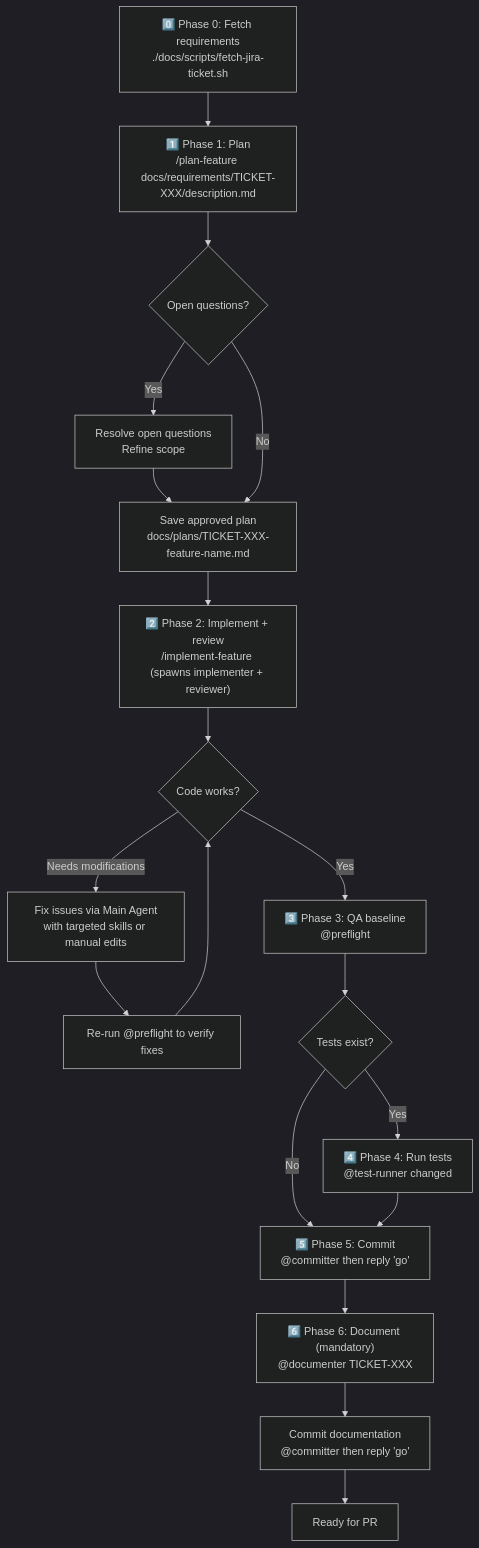
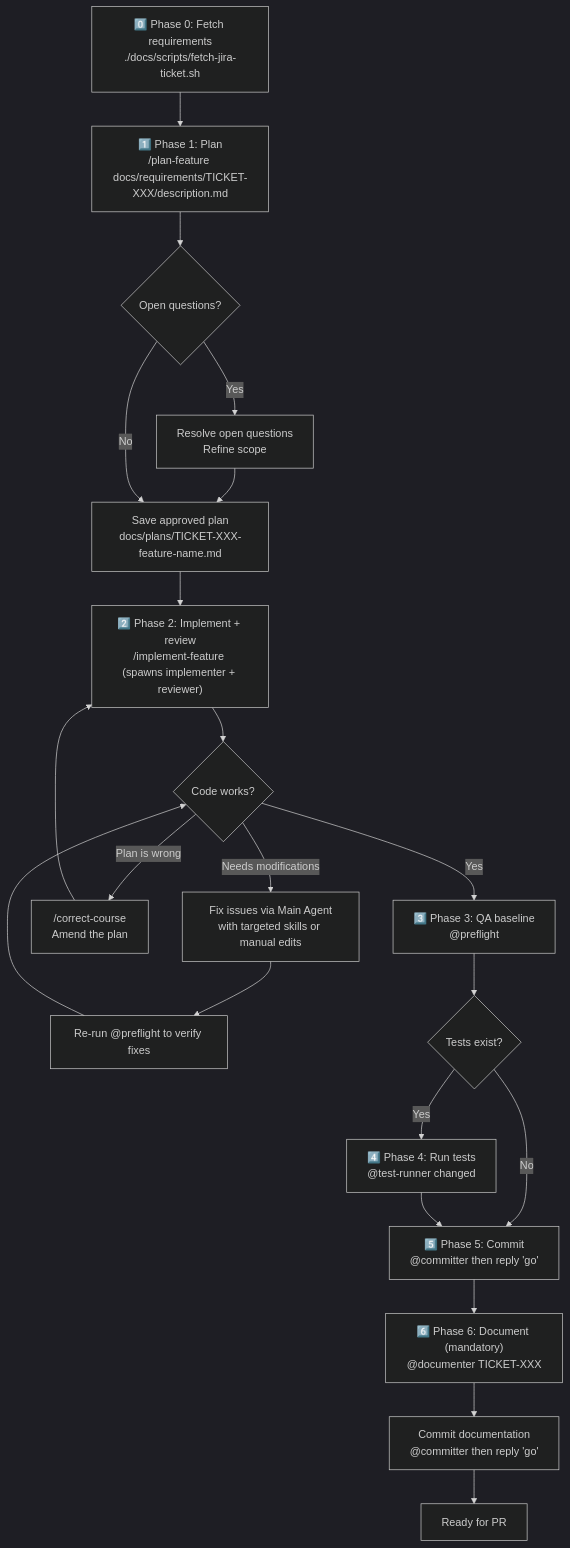
One commit to damian-demasi-aligent/ai-agent-tool-chain-generic changed the diagram in docs/manuals/01-workflows/feature-development.md. Above: the diagram before and after it, drawn with Mermaid (dark theme). The commit also changed other lines of this file and 4 other files, not shown here.

Commit message:
Add correct-course skill to act as feedback loop during implementation

````diff
--- a/docs/manuals/01-workflows/feature-development.md
+++ b/docs/manuals/01-workflows/feature-development.md
@@ -29,21 +30,23 @@
 ```mermaid
 flowchart TD
     Z["0️⃣ Phase 0: Fetch requirements<br/>./docs/scripts/fetch-jira-ticket.sh"] --> A
     A["1️⃣ Phase 1: Plan<br/>/plan-feature docs/requirements/TICKET-XXX/description.md"] --> B{Open questions?}
     B -- Yes --> C[Resolve open questions<br/>Refine scope]
     C --> D
     B -- No --> D[Save approved plan<br/>docs/plans/TICKET-XXX-feature-name.md]
     D --> E["2️⃣ Phase 2: Implement + review<br/>/implement-feature (spawns implementer + reviewer)"]
     E --> F{Code works?}
     F -- "Needs modifications" --> G[Fix issues via Main Agent<br/>with targeted skills or manual edits]
+    F -- "Plan is wrong" --> CC["/correct-course<br/>Amend the plan"]
+    CC --> E
     G --> E2["Re-run @preflight to verify fixes"]
     E2 --> F
     F -- Yes --> H["3️⃣ Phase 3: QA baseline<br/>@preflight"]
     H --> I{Tests exist?}
     I -- Yes --> J["4️⃣ Phase 4: Run tests<br/>@test-runner changed"]
     I -- No --> K["5️⃣ Phase 5: Commit<br/>@committer then reply 'go'"]
     J --> K
     K --> L["6️⃣ Phase 6: Document (mandatory)<br/>@documenter TICKET-XXX"]
     L --> M["Commit documentation<br/>@committer then reply 'go'"]
     M --> N[Ready for PR]
 ```
````
